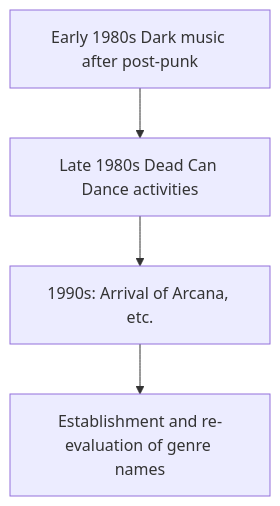
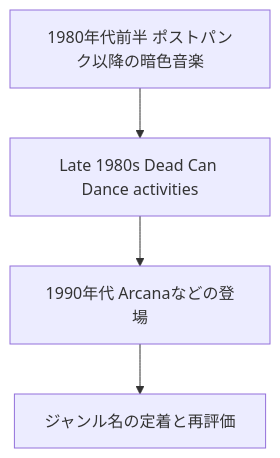
The diagram in en/_posts/2026-01-08-column-neo-classical-darkwave.md (monumental-movement/monumental-movement.github.io), drawn with Mermaid before and after one commit. The commit also changed other lines of this file and 2196 other files, not shown here.

```diff
--- a/en/_posts/2026-01-08-column-neo-classical-darkwave.md
+++ b/en/_posts/2026-01-08-column-neo-classical-darkwave.md
@@ -147,8 +147,8 @@
 <div class="mermaid">
 
 graph TD
-A[Early 1980s Dark music after post-punk] --> B[Late 1980s Dead Can Dance activities]
-B --> C[1990s: Arrival of Arcana, etc.]
-C --> D[Establishment and re-evaluation of genre names]
+A[1980年代前半 ポストパンク以降の暗色音楽] --> B[Late 1980s Dead Can Dance activities]
+B --> C[1990年代 Arcanaなどの登場]
+C --> D[ジャンル名の定着と再評価]
 
 </div>
```
